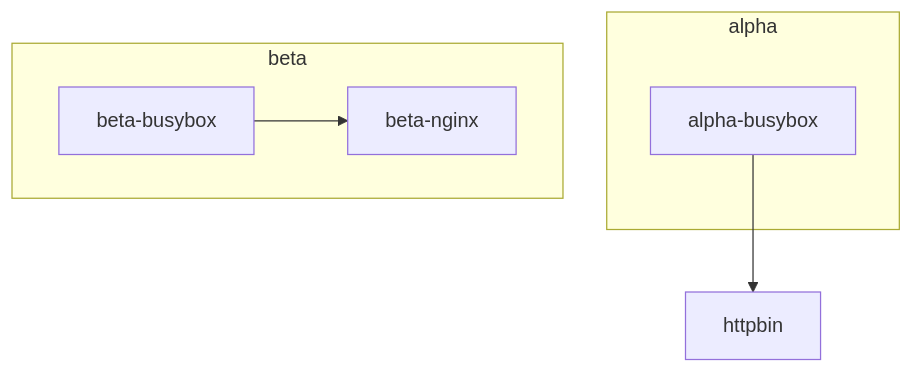
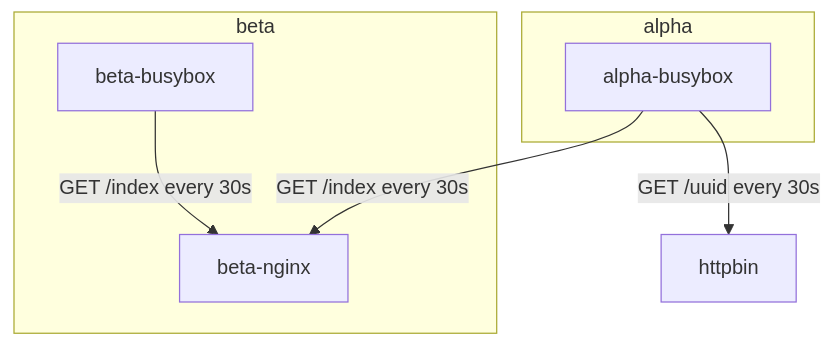
The diagram in README.md (floriandorau/k8s-network-profiles), drawn with Mermaid before and after one commit. The commit also changed other lines of this file, not shown here.

````diff
--- a/README.md
+++ b/README.md
@@ -3,10 +7,11 @@
 ```mermaid
-flowchart TB
-    alpha-busybox-->httpbin
+flowchart TD
+    alpha-busybox-- GET /uuid every 30s -->httpbin
     subgraph alpha
-    alpha-busybox
+        alpha-busybox
     end
     subgraph beta
-    beta-busybox-->beta-nginx
+        alpha-busybox-- GET /index every 30s -->beta-nginx
+        beta-busybox-- GET /index every 30s -->beta-nginx
     end
 ```
````
